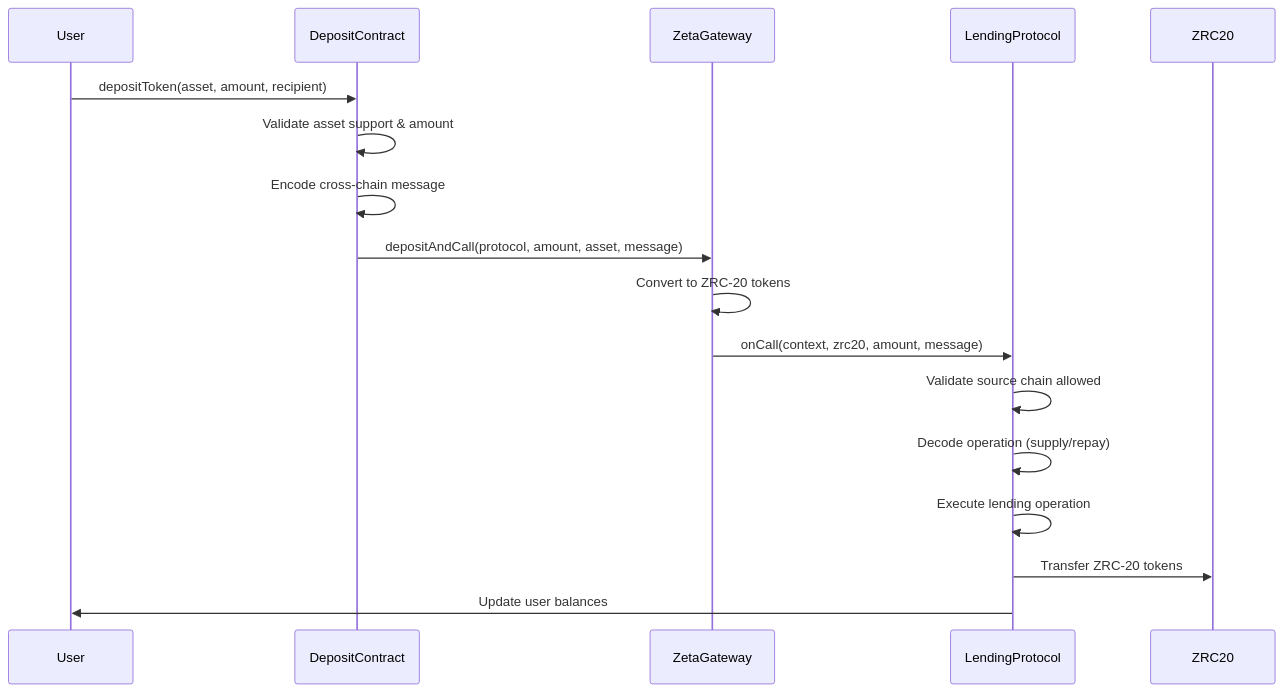
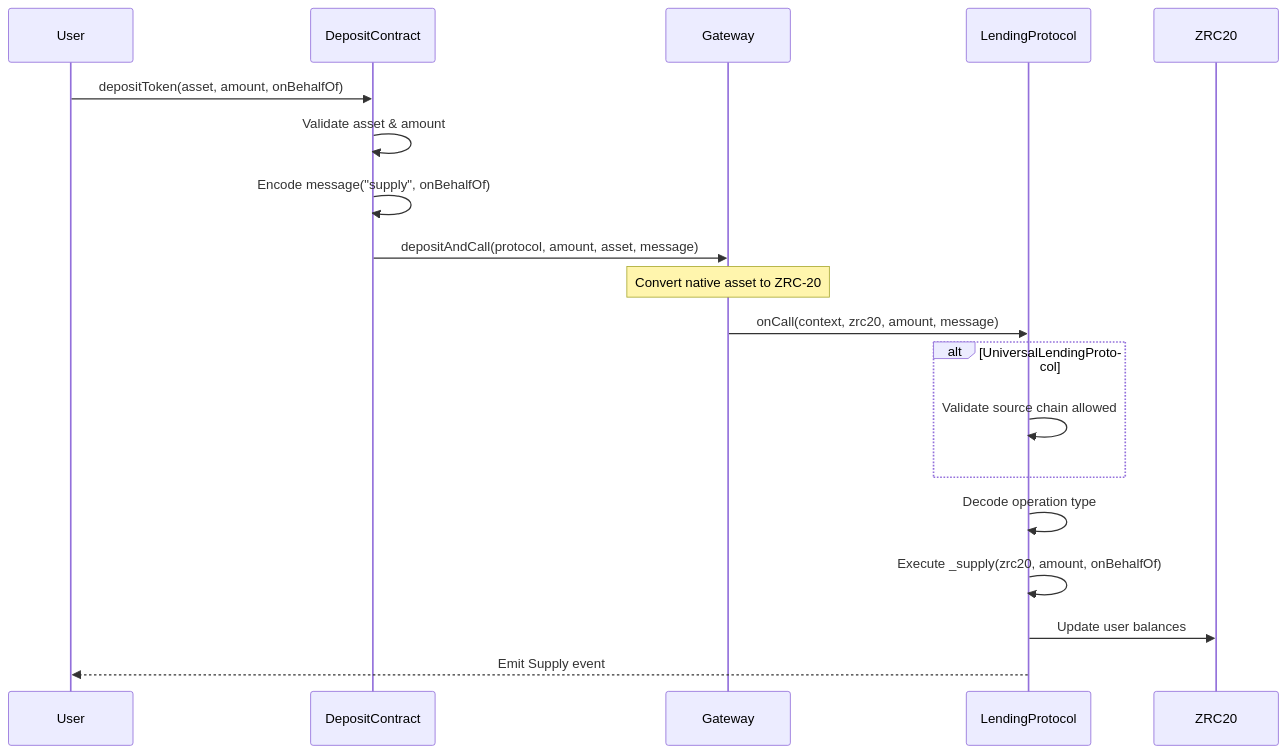
The second of 4 diagrams in lending-zeta/CROSS-CHAIN-LENDING.md (0xnicholasy/zeta-hackathon), drawn with Mermaid before and after one commit. The commit also changed other lines of this file and 11 other files, not shown here.

````diff
--- a/lending-zeta/CROSS-CHAIN-LENDING.md
+++ b/lending-zeta/CROSS-CHAIN-LENDING.md
@@ -127,21 +86,25 @@
 ```mermaid
 sequenceDiagram
     participant User
     participant DepositContract
-    participant ZetaGateway
+    participant Gateway
     participant LendingProtocol
     participant ZRC20
     
-    User->>DepositContract: depositToken(asset, amount, recipient)
-    DepositContract->>DepositContract: Validate asset support & amount
-    DepositContract->>DepositContract: Encode cross-chain message
-    DepositContract->>ZetaGateway: depositAndCall(protocol, amount, asset, message)
+    User->>DepositContract: depositToken(asset, amount, onBehalfOf)
+    DepositContract->>DepositContract: Validate asset & amount
+    DepositContract->>DepositContract: Encode message("supply", onBehalfOf)
+    DepositContract->>Gateway: depositAndCall(protocol, amount, asset, message)
     
-    ZetaGateway->>ZetaGateway: Convert to ZRC-20 tokens
-    ZetaGateway->>LendingProtocol: onCall(context, zrc20, amount, message)
-    LendingProtocol->>LendingProtocol: Validate source chain allowed
-    LendingProtocol->>LendingProtocol: Decode operation (supply/repay)
-    LendingProtocol->>LendingProtocol: Execute lending operation
-    LendingProtocol->>ZRC20: Transfer ZRC-20 tokens
-    LendingProtocol->>User: Update user balances
+    Note over Gateway: Convert native asset to ZRC-20
+    Gateway->>LendingProtocol: onCall(context, zrc20, amount, message)
+    
+    alt UniversalLendingProtocol
+        LendingProtocol->>LendingProtocol: Validate source chain allowed
+    end
+    
+    LendingProtocol->>LendingProtocol: Decode operation type
+    LendingProtocol->>LendingProtocol: Execute _supply(zrc20, amount, onBehalfOf)
+    LendingProtocol->>ZRC20: Update user balances
+    LendingProtocol-->>User: Emit Supply event
 ```
````
